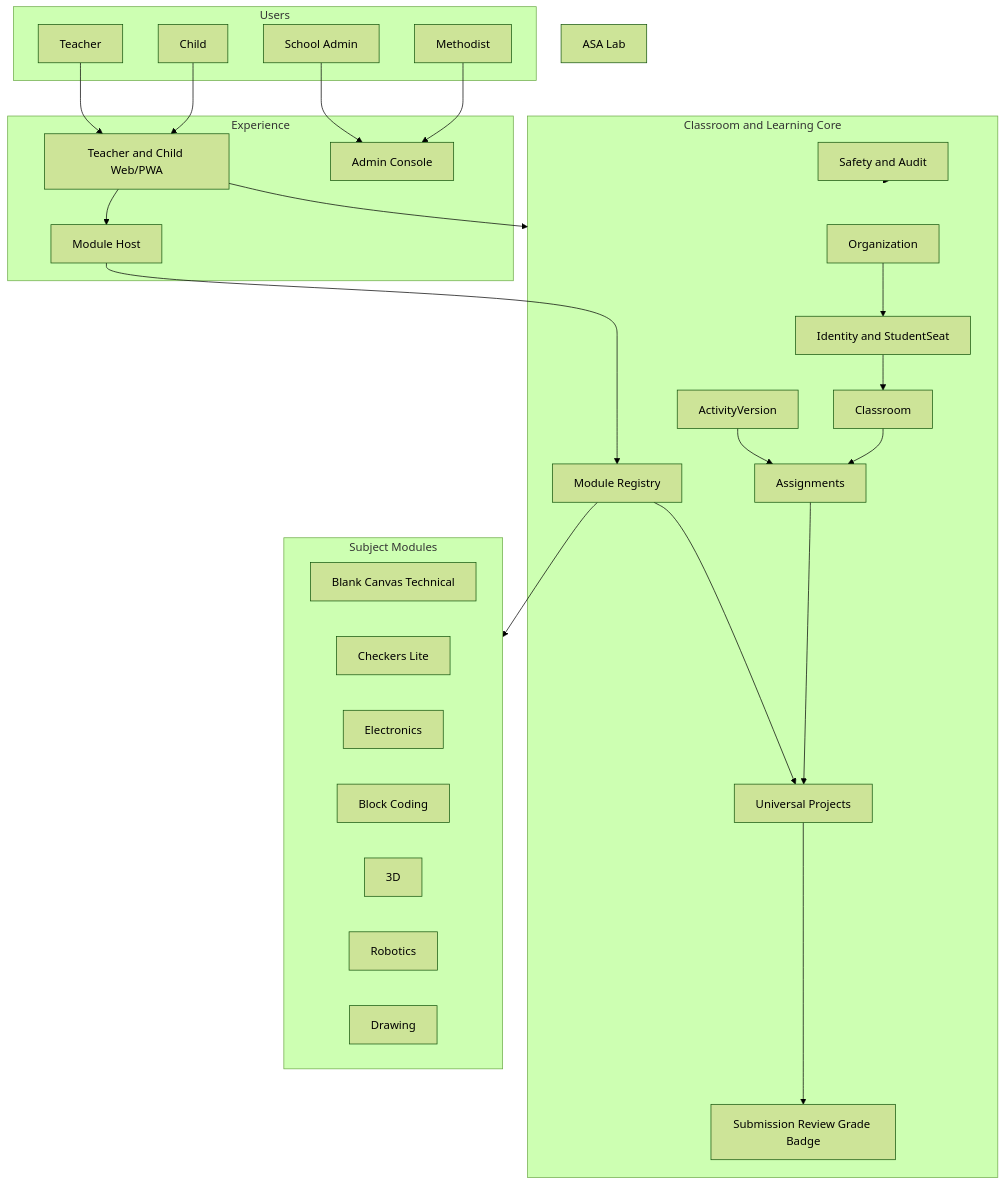
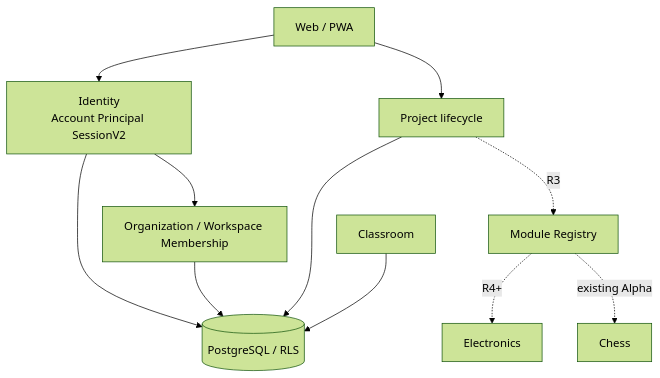
Before and after one commit to spikeal8-maker/asa-lab: the third of 3 diagrams in docs/project-map/PROJECT_MAP.md, drawn with Mermaid (forest theme). The commit also changed other lines of this file, not shown here.

Commit message:
docs: render Account-only executable queue

````diff
--- a/docs/project-map/PROJECT_MAP.md
+++ b/docs/project-map/PROJECT_MAP.md
@@ -68,54 +89,23 @@
 ```mermaid
 flowchart TB
-    ASA[ASA Lab]
+    WEB[Web / PWA]
+    ID[Identity<br/>Account Principal SessionV2]
+    ORG[Organization / Workspace Membership]
+    PROJECTS[Project lifecycle]
+    CLASS[Classroom]
+    REGISTRY[Module Registry]
+    ELEC[Electronics]
+    CHESS[Chess]
+    PG[(PostgreSQL / RLS)]
 
-    subgraph USERS[Users]
-        TEACHER[Teacher]
-        CHILD[Child]
-        ADMIN[School Admin]
-        METHODIST[Methodist]
-    end
-
-    subgraph EXPERIENCE[Experience]
-        WEB[Teacher and Child Web/PWA]
-        ADMINUI[Admin Console]
-        HOST[Module Host]
-    end
-
-    subgraph CORE[Classroom and Learning Core]
-        ORG[Organization]
-        ID[Identity and StudentSeat]
-        CLASS[Classroom]
-        CONTENT[ActivityVersion]
-        PROJECTS[Universal Projects]
-        ASSIGN[Assignments]
-        ASSESS[Submission Review Grade Badge]
-        REGISTRY[Module Registry]
-        SAFE[Safety and Audit]
-    end
-
-    subgraph MODULES[Subject Modules]
-        BLANK[Blank Canvas Technical]
-        CHECKERS[Checkers Lite]
-        ELEC[Electronics]
-        BLOCKS[Block Coding]
-        D3[3D]
-        ROBOT[Robotics]
-        DRAW[Drawing]
-    end
-
-    TEACHER --> WEB
-    CHILD --> WEB
-    ADMIN --> ADMINUI
-    METHODIST --> ADMINUI
-    WEB --> CORE
-    WEB --> HOST
-    HOST --> REGISTRY
-    REGISTRY --> MODULES
-    ORG --> ID --> CLASS
-    CONTENT --> ASSIGN
-    CLASS --> ASSIGN
-    REGISTRY --> PROJECTS
-    ASSIGN --> PROJECTS --> ASSESS
-    SAFE --> CORE
+    WEB --> ID
+    WEB --> PROJECTS
+    ID --> ORG
+    ID --> PG
+    ORG --> PG
+    PROJECTS --> PG
+    CLASS --> PG
+    PROJECTS -. R3 .-> REGISTRY
+    REGISTRY -. R4+ .-> ELEC
+    REGISTRY -. existing Alpha .-> CHESS
 ```
````
